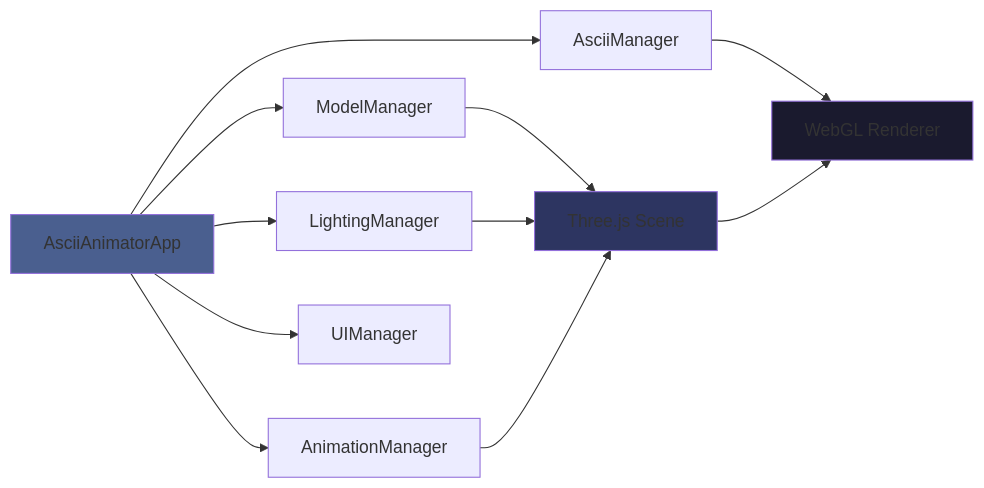
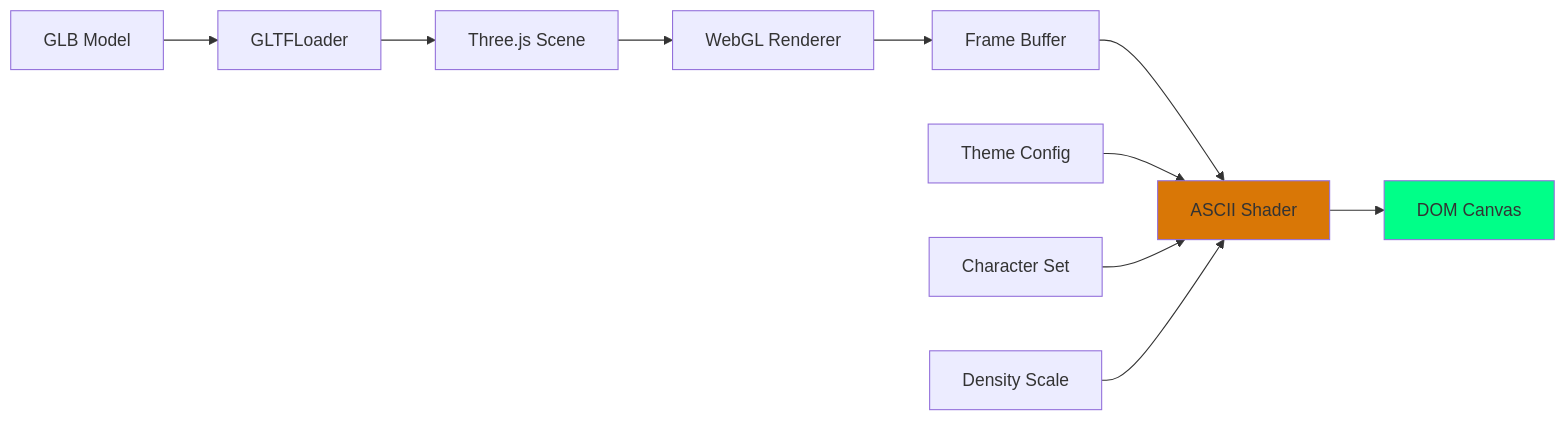
One commit to Zacsluss/ascii_3d_animator changed the third of 3 diagrams in README.md. Above: the diagram before and after it, drawn with Mermaid. The commit also changed other lines of this file, not shown here.

````diff
--- a/README.md
+++ b/README.md
@@ -190,18 +566,16 @@
 ```mermaid
 graph LR
-    App[AsciiAnimatorApp] --> Model[ModelManager]
-    App --> Light[LightingManager]
-    App --> Anim[AnimationManager]
-    App --> ASCII[AsciiManager]
-    App --> UI[UIManager]
+    A[GLB Model] --> B[GLTFLoader]
+    B --> C[Three.js Scene]
+    C --> D[WebGL Renderer]
+    D --> E[Frame Buffer]
+    E --> F[ASCII Shader]
+    F --> G[DOM Canvas]
 
-    Model --> Scene[Three.js Scene]
-    Light --> Scene
-    Anim --> Scene
-    ASCII --> Render[WebGL Renderer]
-    Scene --> Render
+    H[Theme Config] --> F
+    I[Character Set] --> F
+    J[Density Scale] --> F
 
-    style App fill:#4a5f8f
-    style Scene fill:#2d3561
-    style Render fill:#1a1a2e
+    style F fill:#d97706
+    style G fill:#00ff88
 ```
````
